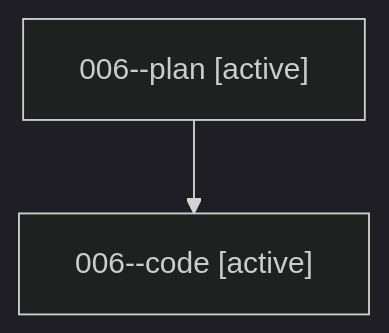
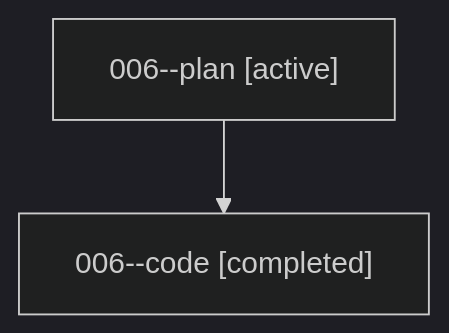
One commit to bobs-org/bob-cli--agents changed the diagram in sessions/bbugyi200.athena.006.md. Above: the diagram before and after it, drawn with Mermaid (dark theme). The commit also changed other lines of this file and 11 other files, not shown here.

````diff
--- a/sessions/bbugyi200.athena.006.md
+++ b/sessions/bbugyi200.athena.006.md
@@ -9,6 +9,6 @@
 ```mermaid
 flowchart TD
   n0["006--plan [active]"]
-  n1["006--code [active]"]
+  n1["006--code [completed]"]
   n0 --> n1
 ```
````
